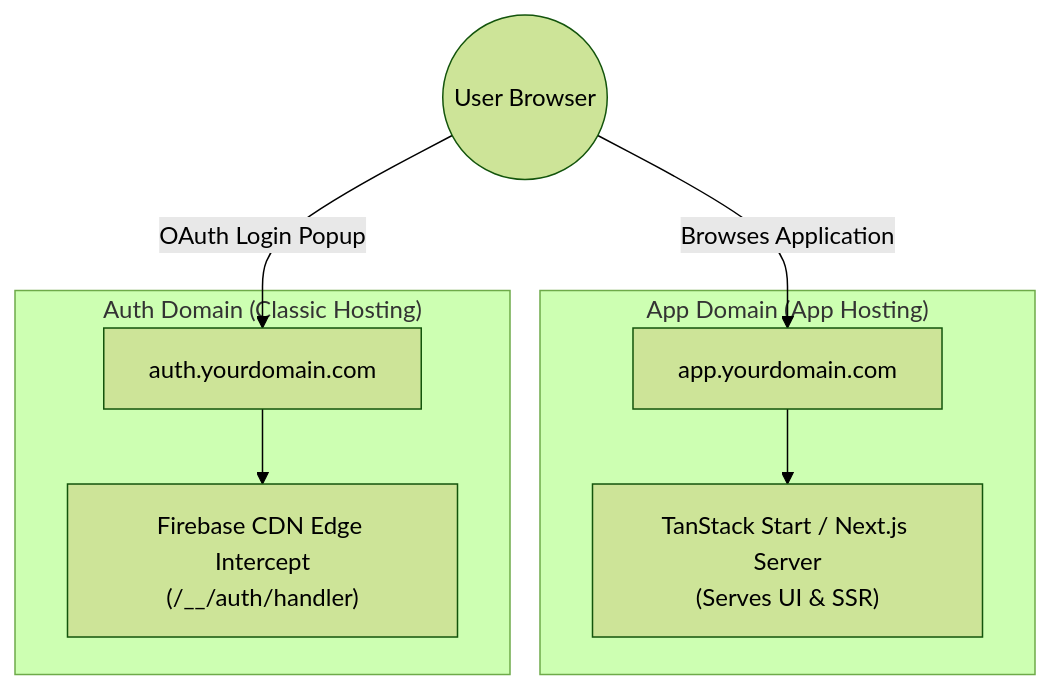
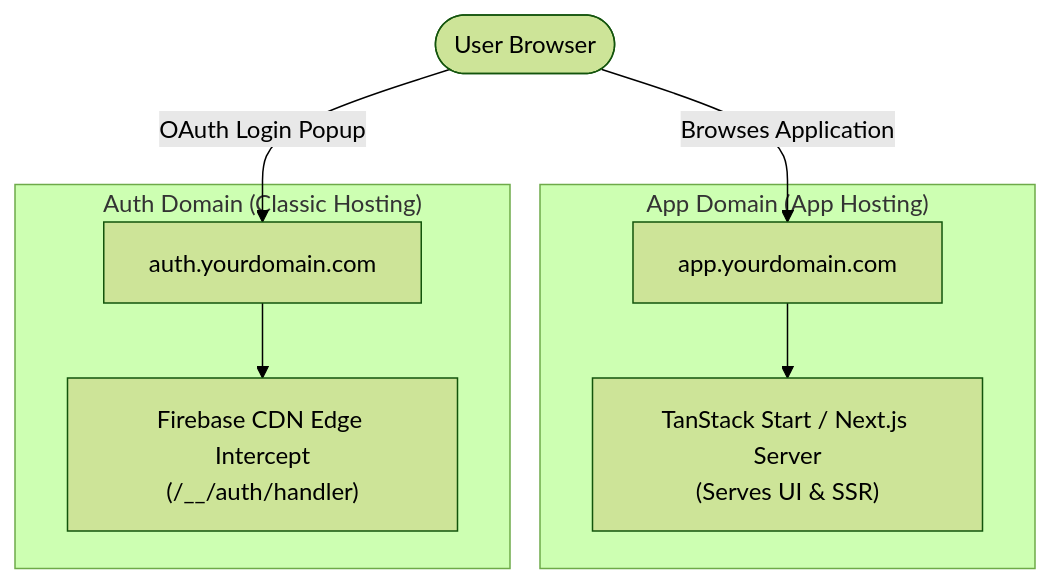
One commit to Rohit1024/portfolio changed the diagram in src/content/blog/firebase-custom-domain-oauth/index.mdx. Above: the diagram before and after it, drawn with Mermaid (forest theme). The commit also changed other lines of this file and 5 other files, not shown here.

````diff
--- a/src/content/blog/firebase-custom-domain-oauth/index.mdx
+++ b/src/content/blog/firebase-custom-domain-oauth/index.mdx
@@ -83,19 +85,19 @@
 ```mermaid
 flowchart TD
-    User((User Browser))
+    User([User Browser])
 
-    subgraph "App Domain (App Hosting)"
+    subgraph AppDomain ["App Domain (App Hosting)"]
         App["app.yourdomain.com"]
         Server["TanStack Start / Next.js Server<br/>(Serves UI & SSR)"]
     end
 
-    subgraph "Auth Domain (Classic Hosting)"
+    subgraph AuthDomain ["Auth Domain (Classic Hosting)"]
         Auth["auth.yourdomain.com"]
         Edge["Firebase CDN Edge Intercept<br/>(/__/auth/handler)"]
     end
 
-    User -- "Browses Application" --> App
+    User -->|"Browses Application"| App
     App --> Server
-    User -- "OAuth Login Popup" --> Auth
+    User -->|"OAuth Login Popup"| Auth
     Auth --> Edge
 ```
````
